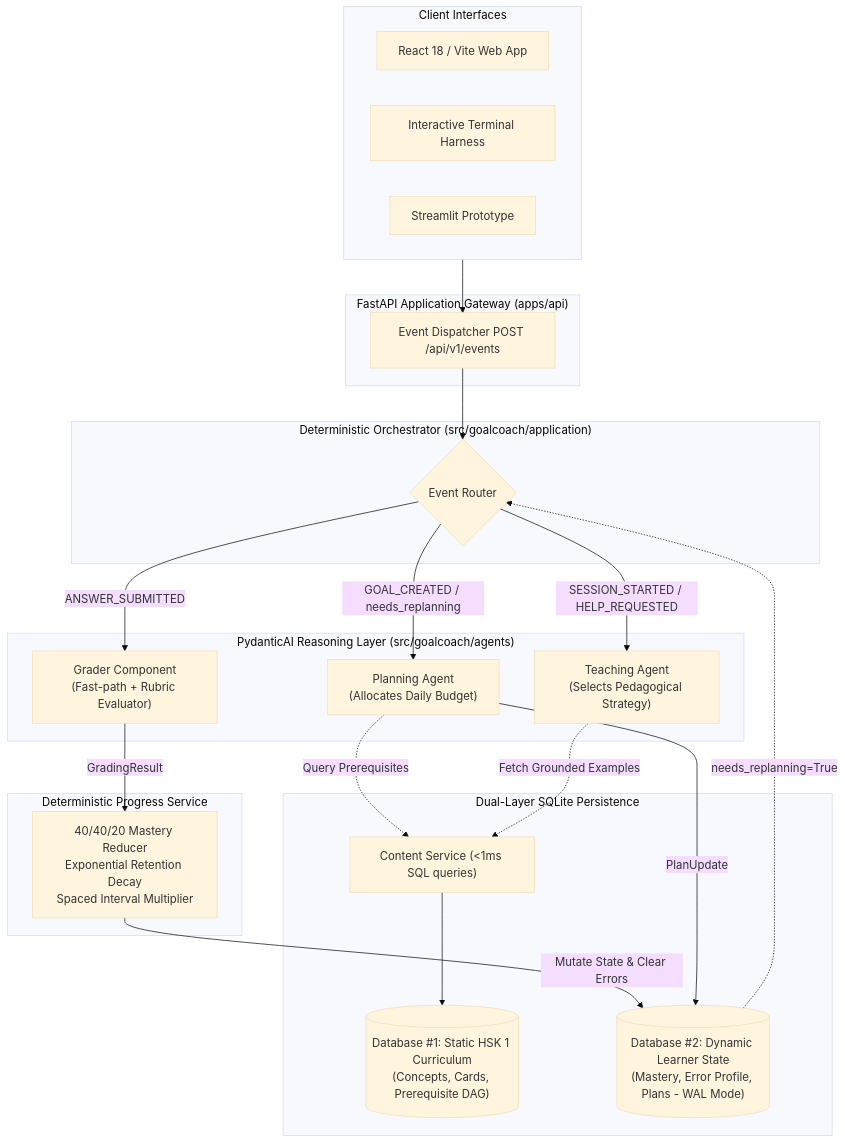
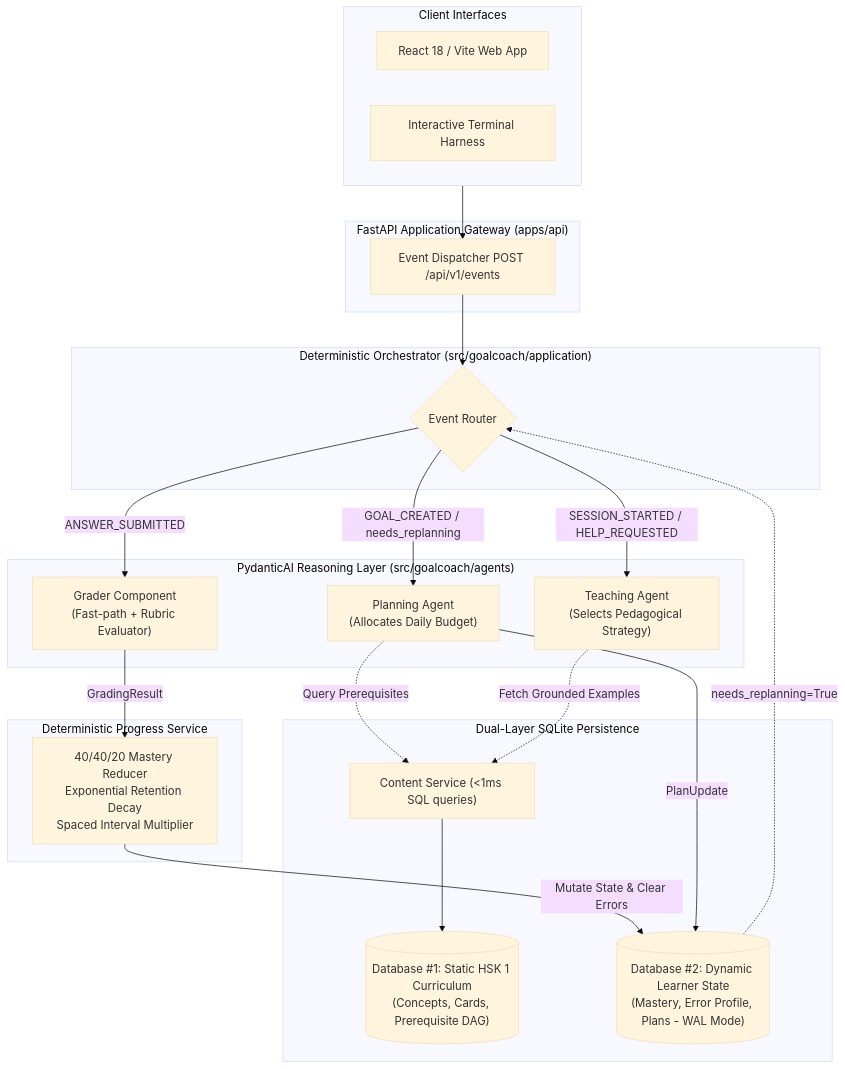
One commit to Psyche0920/GoalCoach changed the diagram in README.md. Above: the diagram before and after it, drawn with Mermaid (base theme). The commit also changed other lines of this file and 5 other files, not shown here.

````diff
--- a/README.md
+++ b/README.md
@@ -61,48 +61,47 @@
 ```mermaid
 flowchart TD
     subgraph Clients ["Client Interfaces"]
         Web["React 18 / Vite Web App"]
         CLI["Interactive Terminal Harness"]
-        Streamlit["Streamlit Prototype"]
     end
 
     subgraph Gateway ["FastAPI Application Gateway (apps/api)"]
         Routes["Event Dispatcher POST /api/v1/events"]
     end
 
     subgraph Orchestration ["Deterministic Orchestrator (src/goalcoach/application)"]
         Orch{"Event Router"}
     end
 
     subgraph Agents ["PydanticAI Reasoning Layer (src/goalcoach/agents)"]
         PA["Planning Agent\n(Allocates Daily Budget)"]
         TA["Teaching Agent\n(Selects Pedagogical Strategy)"]
         GC["Grader Component\n(Fast-path + Rubric Evaluator)"]
     end
 
     subgraph ProgressEngine ["Deterministic Progress Service"]
         PS["40/40/20 Mastery Reducer\nExponential Retention Decay\nSpaced Interval Multiplier"]
     end
 
     subgraph Persistence ["Dual-Layer SQLite Persistence"]
         DB1[("Database #1: Static HSK 1 Curriculum\n(Concepts, Cards, Prerequisite DAG)")]
         DB2[("Database #2: Dynamic Learner State\n(Mastery, Error Profile, Plans - WAL Mode)")]
         CS["Content Service (<1ms SQL queries)"]
     end
 
     Clients --> Routes --> Orch
 
     Orch -- "GOAL_CREATED / needs_replanning" --> PA
     Orch -- "SESSION_STARTED / HELP_REQUESTED" --> TA
     Orch -- "ANSWER_SUBMITTED" --> GC
 
     PA -.->|Query Prerequisites| CS
     TA -.->|Fetch Grounded Examples| CS
     CS --> DB1
 
     GC -->|GradingResult| PS
     PS -->|Mutate State & Clear Errors| DB2
     PA -->|PlanUpdate| DB2
 
     DB2 -. "needs_replanning=True" .-> Orch
 ```
````
